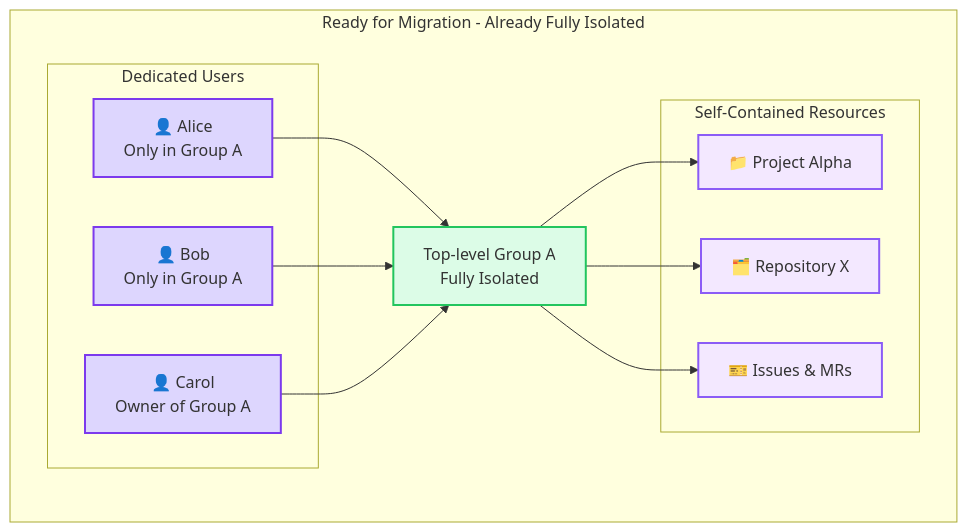
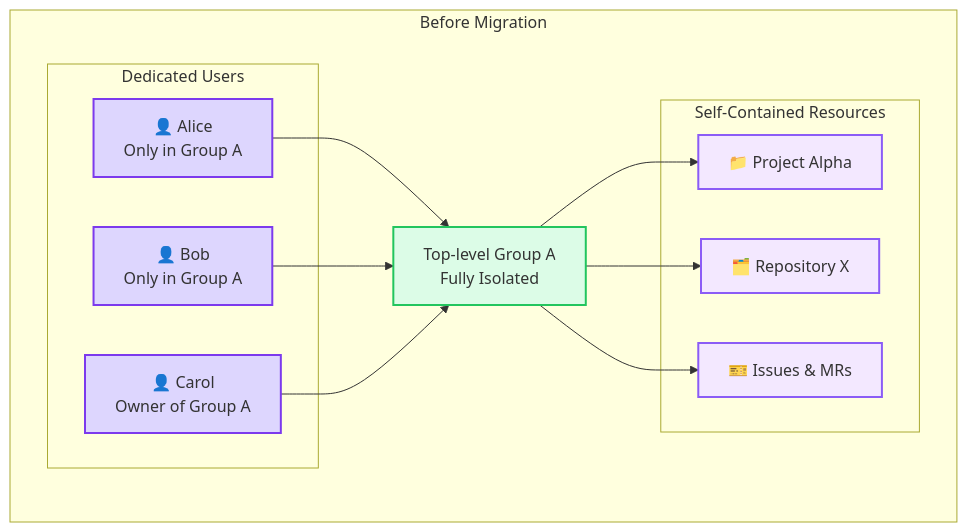
One commit to zalyoung/gitlab-handbook changed the second of 9 diagrams in content/handbook/engineering/architecture/design-documents/organization/isolation_compliance_framework.md. Above: the diagram before and after it, drawn with Mermaid. The commit also changed other lines of this file, not shown here.

Commit message:
Change diagram titles to format better

````diff
--- a/content/handbook/engineering/architecture/design-documents/organization/isolation_compliance_framework.md
+++ b/content/handbook/engineering/architecture/design-documents/organization/isolation_compliance_framework.md
@@ -342,35 +342,35 @@
 ```mermaid
 graph TD
-    subgraph "Ready for Migration - Already Fully Isolated"
+    subgraph "Before Migration"
         TLG1["Top-level Group A<br/>Fully Isolated"]
 
         subgraph "Dedicated Users"
             USER1[👤 Alice<br/>Only in Group A]
             USER2[👤 Bob<br/>Only in Group A]
             USER3[👤 Carol<br/>Owner of Group A]
         end
 
         subgraph "Self-Contained Resources"
             PROJ1[📁 Project Alpha]
             REPO1[🗂️ Repository X]
             ISSUE1[🎫 Issues & MRs]
         end
     end
 
     %% Clean connections - no external dependencies
     USER1 --> TLG1
     USER2 --> TLG1
     USER3 --> TLG1
 
     TLG1 --> PROJ1
     TLG1 --> REPO1
     TLG1 --> ISSUE1
 
     classDef tlg_ready fill:#dcfce7,stroke:#22c55e,stroke-width:2px
     classDef user fill:#ddd6fe,stroke:#7c3aed,stroke-width:2px
     classDef resource fill:#f3e8ff,stroke:#8b5cf6,stroke-width:2px
 
     class TLG1 tlg_ready
     class USER1,USER2,USER3 user
     class PROJ1,REPO1,ISSUE1 resource
 ```
````
